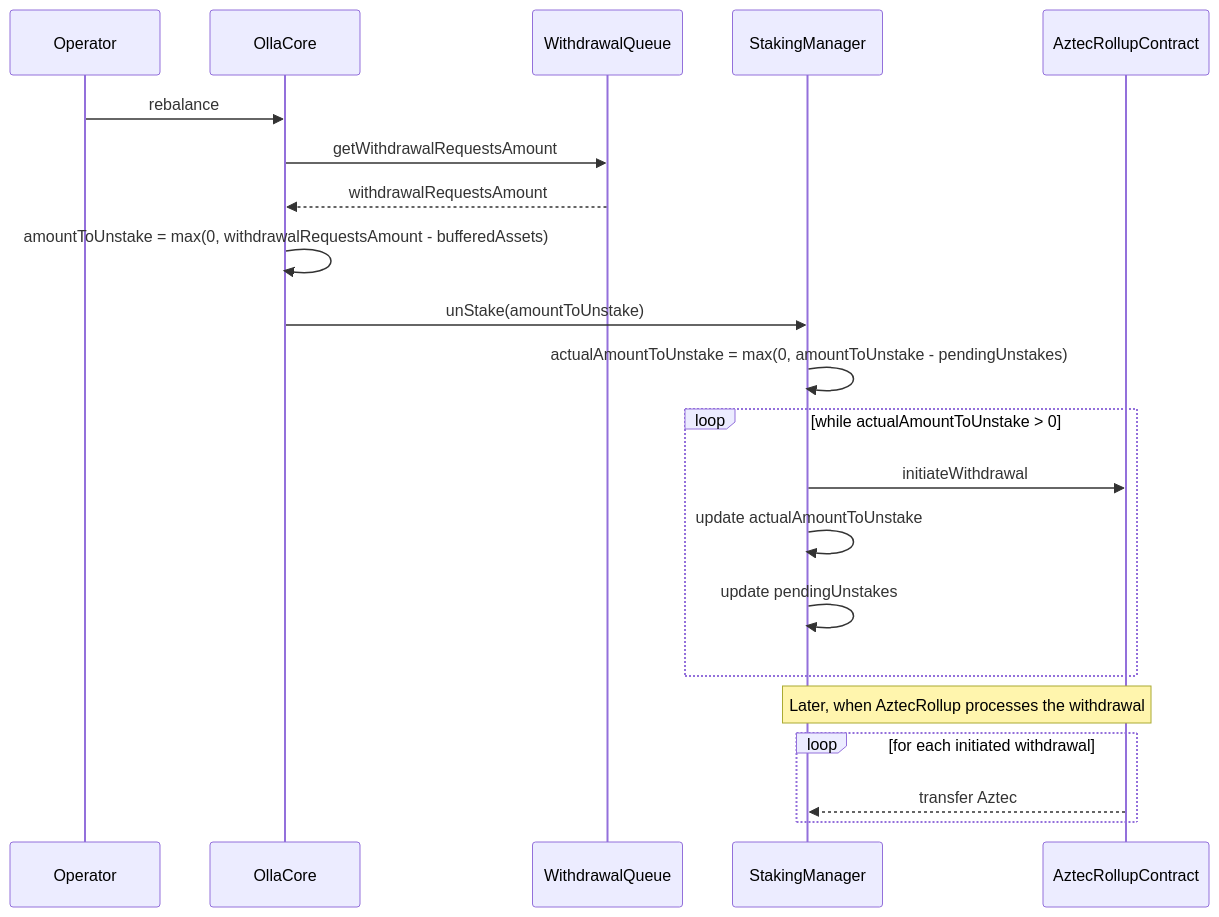
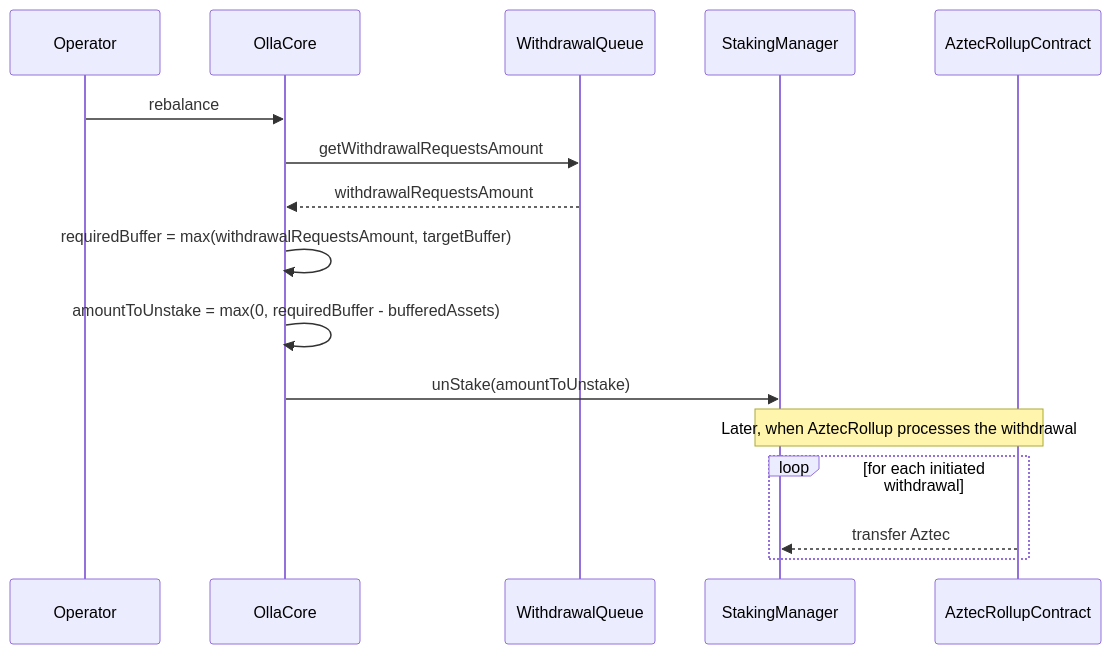
The seventh of 7 diagrams in research/technical/architecture/flows.md (ollafinance/core), drawn with Mermaid before and after one commit. The commit also changed other lines of this file and 1 other file, not shown here.

Commit message:
update diagrams

````diff
--- a/research/technical/architecture/flows.md
+++ b/research/technical/architecture/flows.md
@@ -202,24 +202,19 @@
 ```mermaid
 sequenceDiagram
     participant op as Operator
     participant C as OllaCore
     participant WQ as WithdrawalQueue
     participant stkMan as StakingManager
     participant AR as AztecRollupContract
 
     op->>C: rebalance
     C->>WQ: getWithdrawalRequestsAmount
     WQ-->>C: withdrawalRequestsAmount
-    C->>C: amountToUnstake = max(0, withdrawalRequestsAmount - bufferedAssets)
+    C->>C: requiredBuffer = max(withdrawalRequestsAmount, targetBuffer)
+    C->>C: amountToUnstake = max(0, requiredBuffer - bufferedAssets)
     C->>stkMan: unStake(amountToUnstake)
-    stkMan->>stkMan: actualAmountToUnstake = max(0, amountToUnstake - pendingUnstakes)
-    loop while actualAmountToUnstake > 0
-        stkMan->>AR: initiateWithdrawal
-        stkMan->>stkMan: update actualAmountToUnstake
-        stkMan->>stkMan: update pendingUnstakes
-    end
     Note over stkMan,AR: Later, when AztecRollup processes the withdrawal
     loop for each initiated withdrawal
         AR-->>stkMan: transfer Aztec
     end
 ```
````
